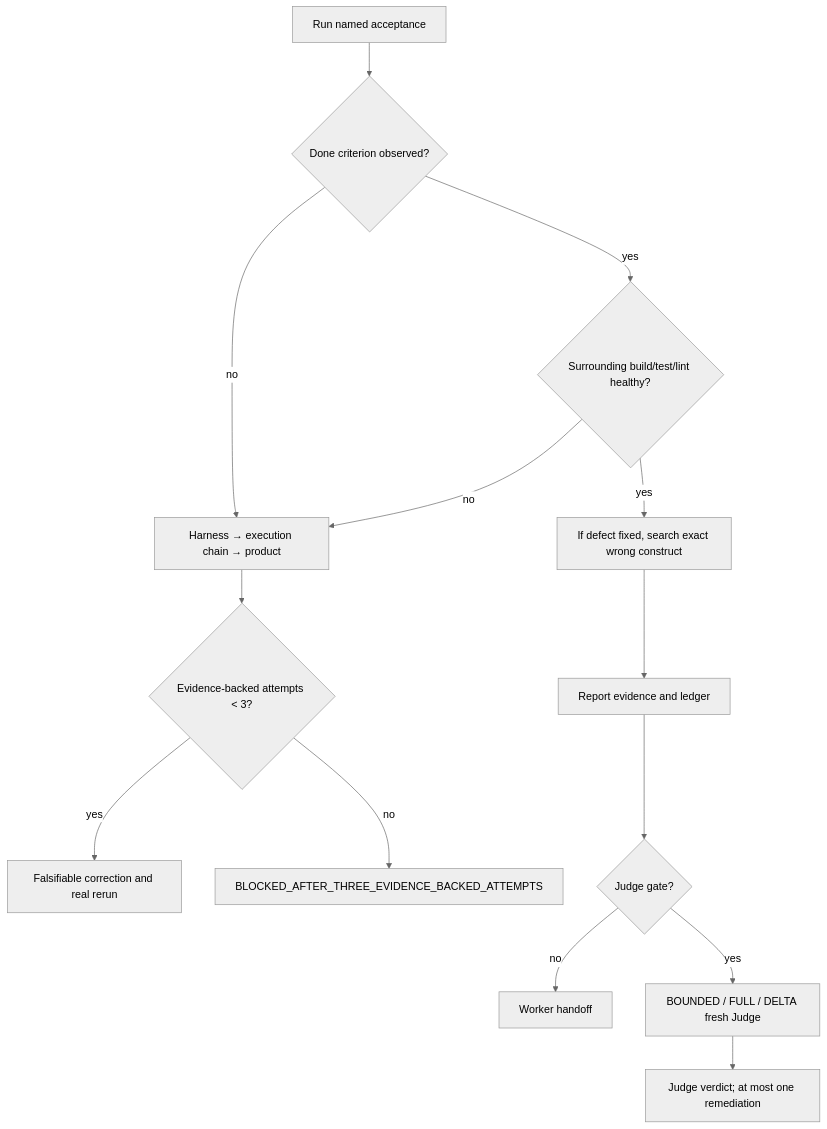
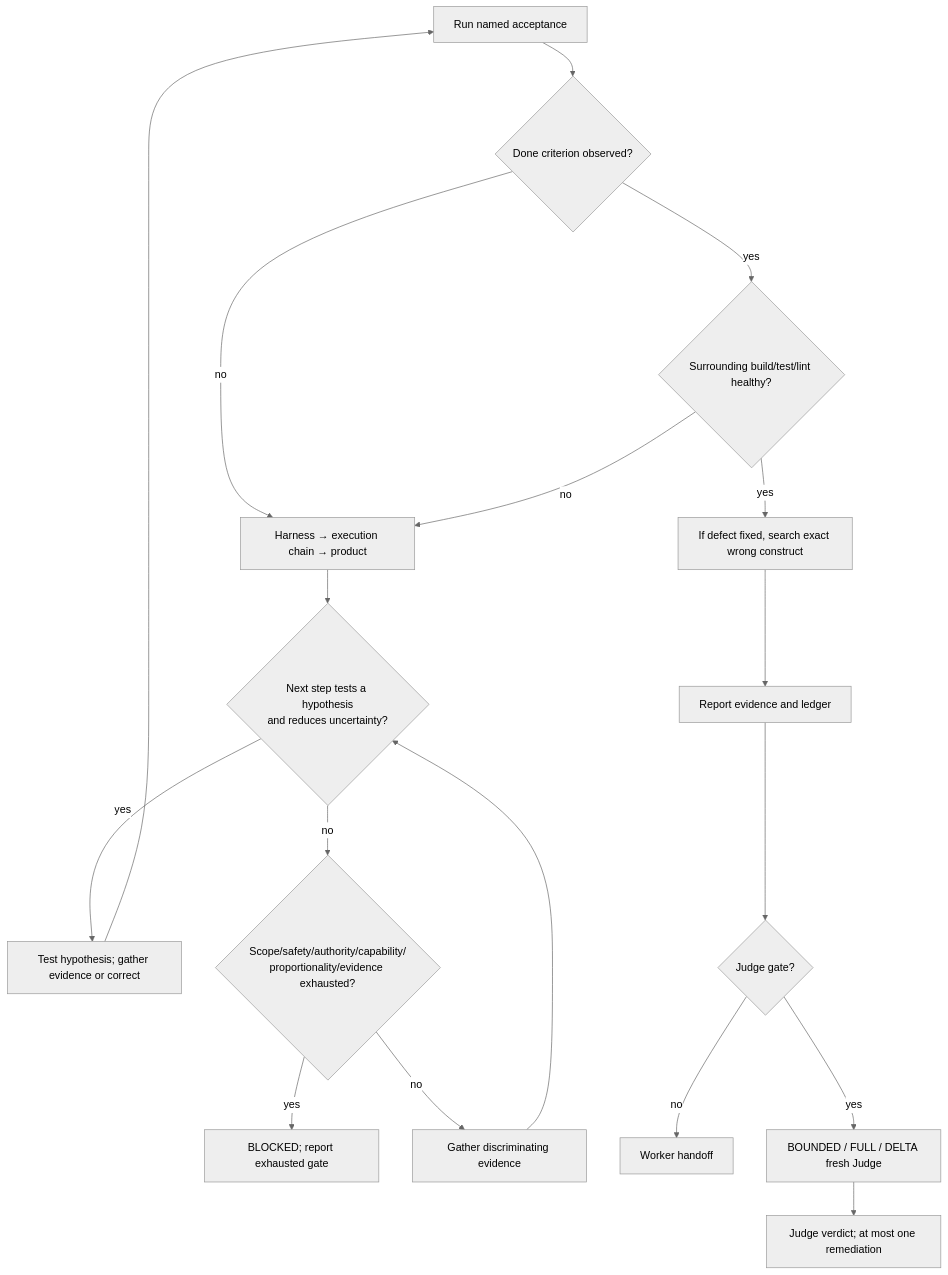
One commit to kelvinhuang0327/skill changed the fourth of 5 diagrams in fable-method/platforms/gemini/fable-method/references/flowcharts.md. Above: the diagram before and after it, drawn with Mermaid (neutral theme). The commit also changed 20 other files, not shown here.

````diff
--- a/fable-method/platforms/gemini/fable-method/references/flowcharts.md
+++ b/fable-method/platforms/gemini/fable-method/references/flowcharts.md
@@ -83,16 +83,20 @@
 ```mermaid
 flowchart TD
     RUN["Run named acceptance"] --> A{"Done criterion observed?"}
     A -->|no| LADDER["Harness → execution chain → product"]
     A -->|yes| B{"Surrounding build/test/lint healthy?"}
     B -->|no| LADDER
     B -->|yes| TWIN["If defect fixed, search exact wrong construct"]
     TWIN --> REPORT["Report evidence and ledger"]
-    LADDER --> RETRY{"Evidence-backed attempts < 3?"}
-    RETRY -->|yes| FIX["Falsifiable correction and real rerun"]
-    RETRY -->|no| STOP["BLOCKED_AFTER_THREE_EVIDENCE_BACKED_ATTEMPTS"]
+    LADDER --> PROGRESS{"Next step tests a hypothesis<br/>and reduces uncertainty?"}
+    PROGRESS -->|yes| STEP["Test hypothesis; gather evidence or correct"]
+    STEP --> RUN
+    PROGRESS -->|no| EXHAUST{"Scope/safety/authority/capability/<br/>proportionality/evidence exhausted?"}
+    EXHAUST -->|yes| STOP["BLOCKED; report exhausted gate"]
+    EXHAUST -->|no| DISC["Gather discriminating evidence"]
+    DISC --> PROGRESS
     REPORT --> GATE{"Judge gate?"}
     GATE -->|no| HANDOFF["Worker handoff"]
     GATE -->|yes| DEPTH["BOUNDED / FULL / DELTA fresh Judge"]
     DEPTH --> VERDICT["Judge verdict; at most one remediation"]
 ```
````
